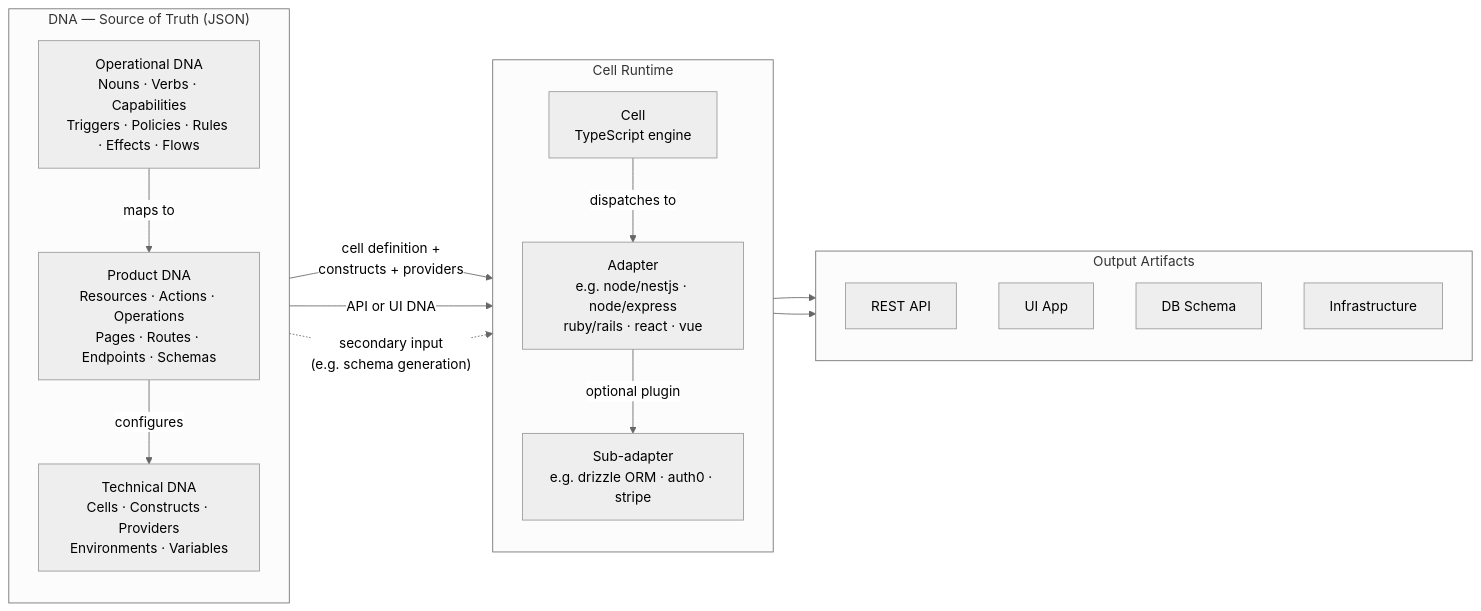
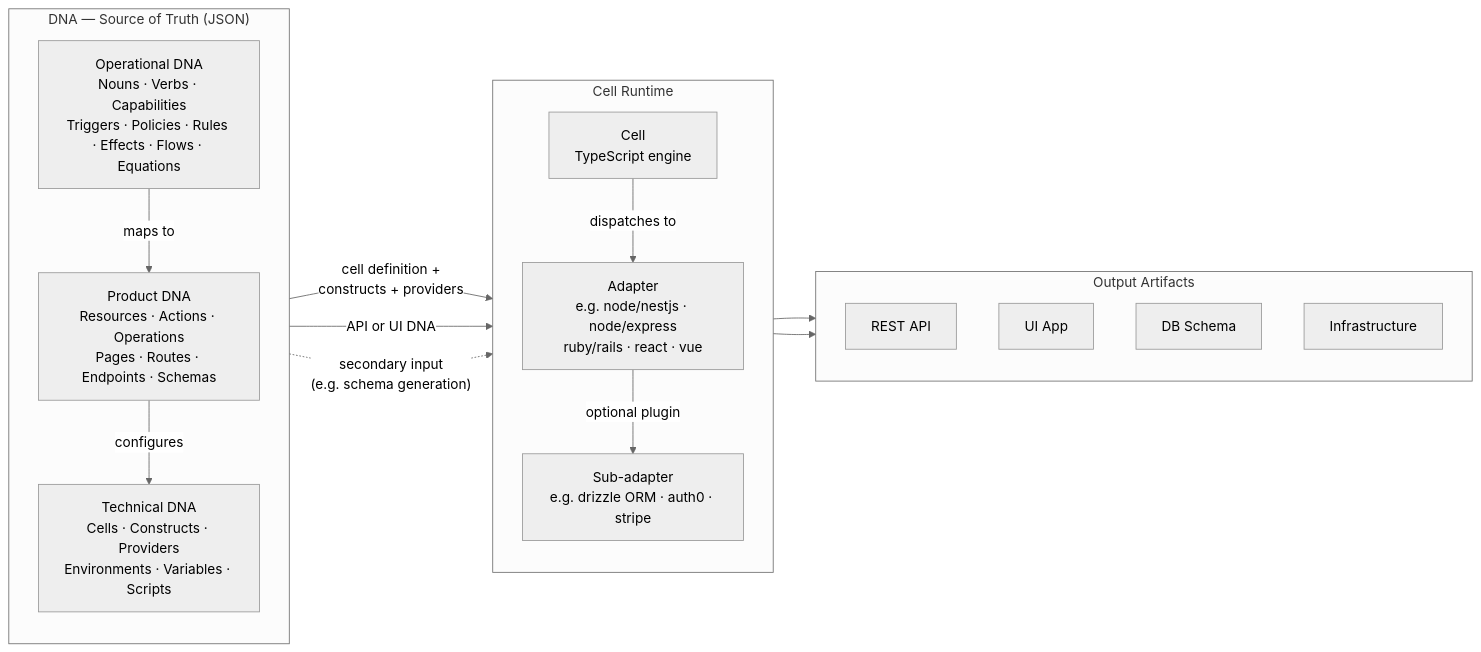
Before and after one commit to upgrade-solutions/cell-based-architecture: the diagram in README.md, drawn with Mermaid (neutral theme). The commit also changed other lines of this file and 33 other files, not shown here.

Commit message:
Add db-cell with postgres adapter — provisions database, roles, schema, and seeds from DNA

````diff
--- a/README.md
+++ b/README.md
@@ -134,34 +136,34 @@
 ```mermaid
 flowchart LR
     subgraph Layers["DNA — Source of Truth (JSON)"]
         direction TB
-        OP["Operational DNA\nNouns · Verbs · Capabilities\nTriggers · Policies · Rules · Effects · Flows"]
+        OP["Operational DNA\nNouns · Verbs · Capabilities\nTriggers · Policies · Rules · Effects · Flows · Equations"]
         PROD["Product DNA\nResources · Actions · Operations\nPages · Routes · Endpoints · Schemas"]
-        TECH["Technical DNA\nCells · Constructs · Providers\nEnvironments · Variables"]
+        TECH["Technical DNA\nCells · Constructs · Providers\nEnvironments · Variables · Scripts"]
         OP -->|"maps to"| PROD
         PROD -->|"configures"| TECH
     end
 
     subgraph CellRuntime["Cell Runtime"]
         direction TB
         CELL["Cell\nTypeScript engine"]
         ADAPTER["Adapter\ne.g. node/nestjs · node/express\nruby/rails · react · vue"]
         SUBADAPTER["Sub-adapter\ne.g. drizzle ORM · auth0 · stripe"]
         CELL -->|"dispatches to"| ADAPTER
         ADAPTER -->|"optional plugin"| SUBADAPTER
     end
 
     TECH -->|"cell definition +\nconstructs + providers"| CELL
     PROD -->|"API or UI DNA"| CELL
     OP -.->|"secondary input\n(e.g. schema generation)"| CELL
 
     subgraph Artifacts["Output Artifacts"]
         API["REST API"]
         UI["UI App"]
         DB["DB Schema"]
         INFRA["Infrastructure"]
     end
 
     ADAPTER --> Artifacts
     SUBADAPTER --> Artifacts
 ```
````
